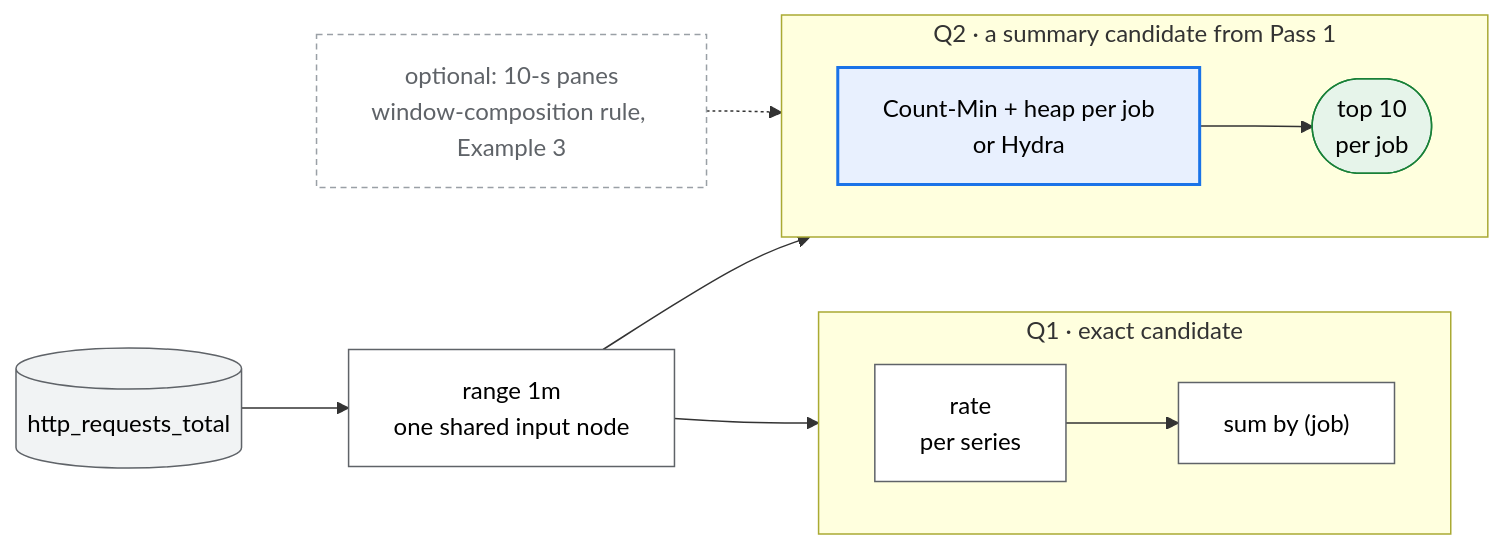
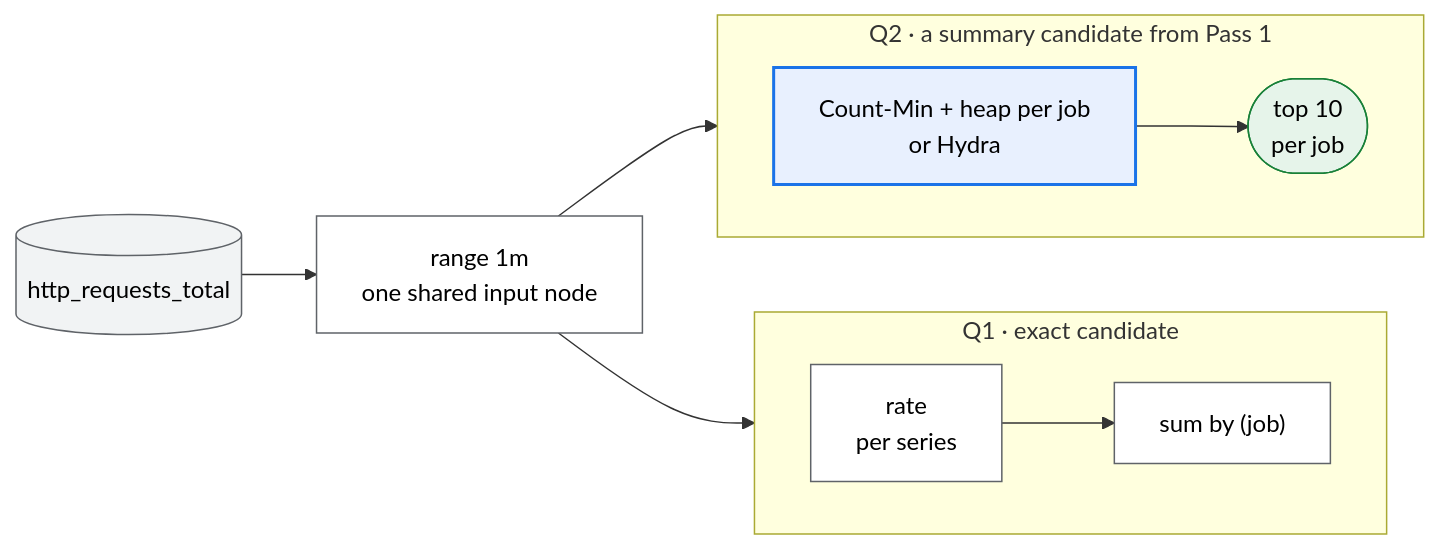
Before and after one commit to ProjectASAP/ASAPPlanner: the third of 10 diagrams in docs/design_docs/proposals/planner-layering.md, drawn with Mermaid. The commit also changed other lines of this file, not shown here.

````diff
--- a/docs/design_docs/proposals/planner-layering.md
+++ b/docs/design_docs/proposals/planner-layering.md
@@ -431,20 +435,18 @@
 ```mermaid
 flowchart LR
   in[("http_requests_total")]:::data --> r["range 1m<br/>one shared input node"]:::exact
   subgraph Q1P["Q1 · exact candidate"]
     direction LR
     q1a["rate<br/>per series"]:::exact --> q1b["sum by (job)"]:::exact
   end
   subgraph Q2P["Q2 · a summary candidate from Pass 1"]
     direction LR
     q2a["Count-Min + heap per job<br/>or Hydra"]:::summary --> q2b(["top 10<br/>per job"]):::estimate
   end
   r --> q1a
   r --> q2a
-  pn["optional: 10-s panes<br/>window-composition rule, Example 3"]:::note -.-> q2a
   classDef data fill:#f1f3f4,stroke:#5f6368,color:#000;
   classDef exact fill:#fff,stroke:#5f6368,color:#000;
   classDef summary fill:#e8f0fe,stroke:#1a73e8,stroke-width:2px,color:#000;
   classDef estimate fill:#e6f4ea,stroke:#188038,color:#000;
-  classDef note fill:#fff,stroke:#9aa0a6,stroke-dasharray:4 3,color:#5f6368;
 ```
````
